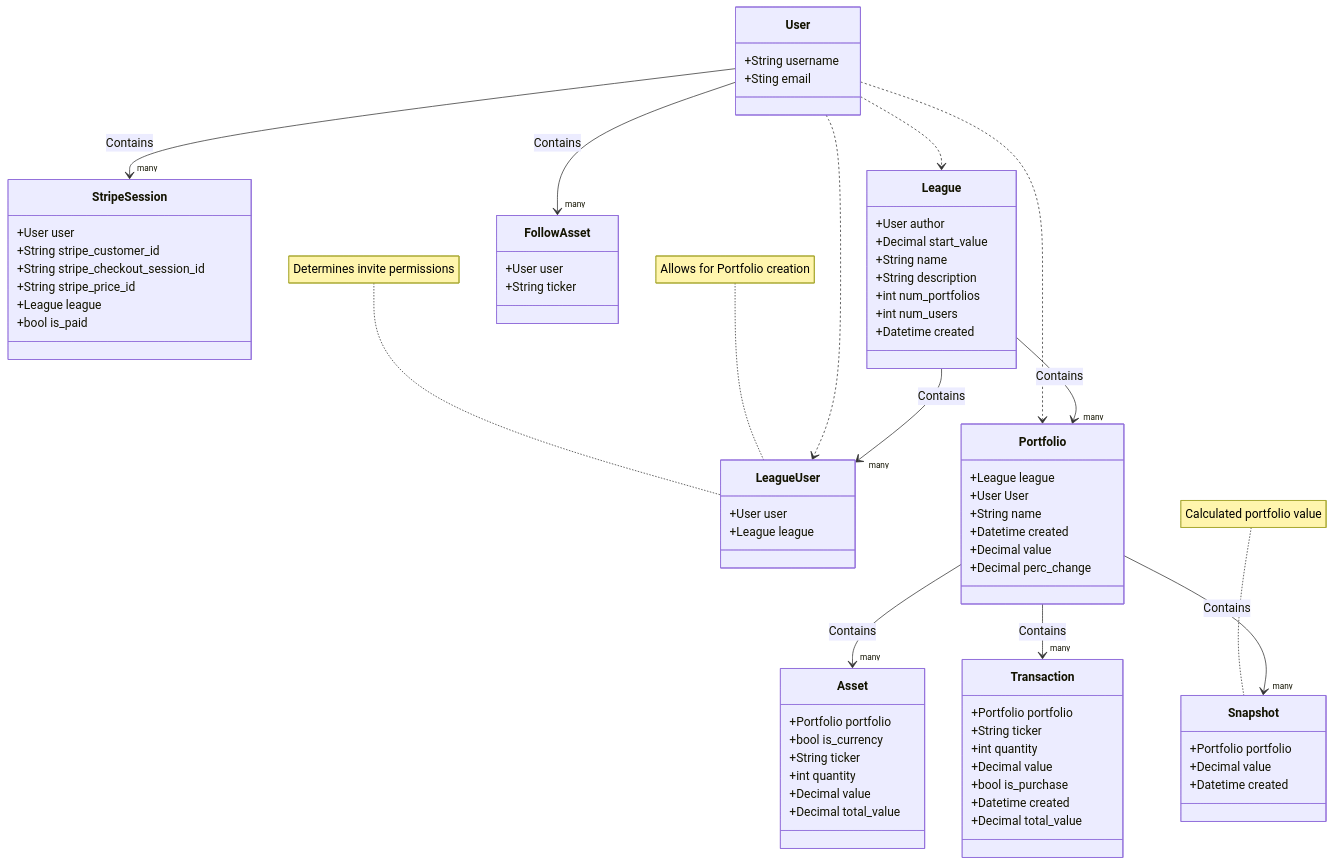
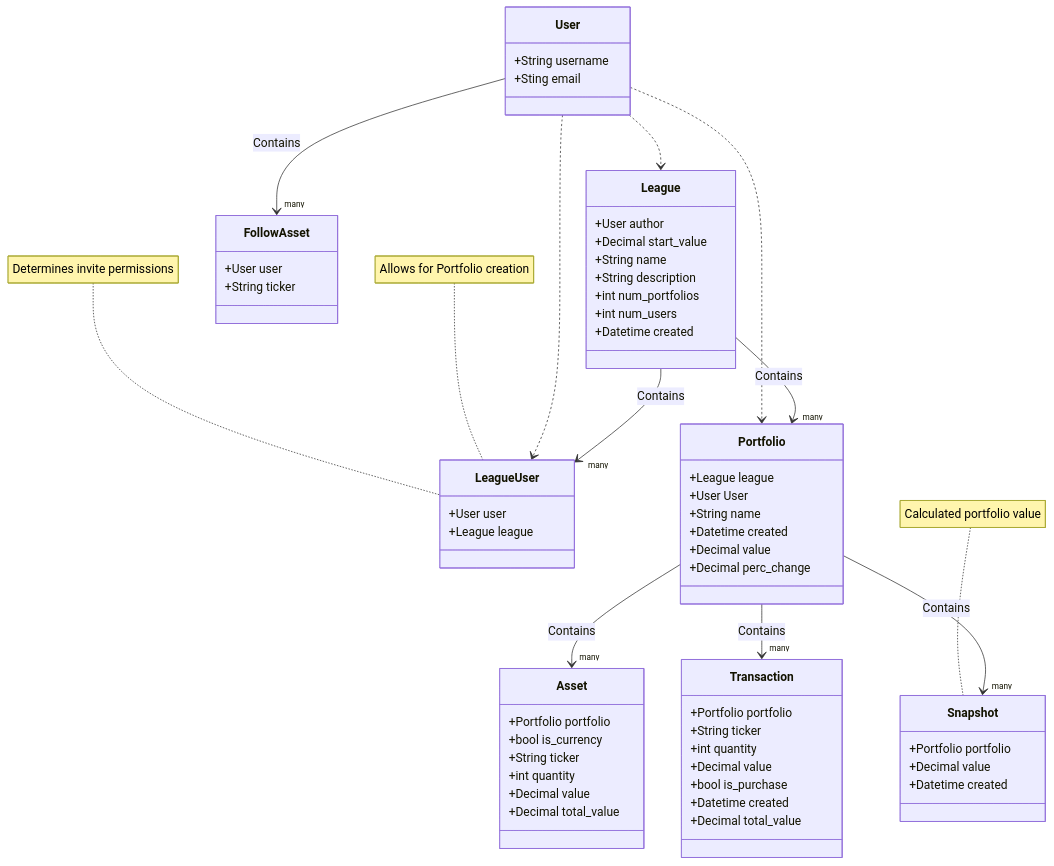
One commit to brianbianchi/portfolio changed the diagram in README.md. Above: the diagram before and after it, drawn with Mermaid. The commit also changed 25 other files, not shown here.

````diff
--- a/README.md
+++ b/README.md
@@ -18,75 +18,66 @@
 ```mermaid
 classDiagram
     class User {
         +String username
         +Sting email
-    }
-    class StripeSession {
-        +User user
-        +String stripe_customer_id
-        +String stripe_checkout_session_id
-        +String stripe_price_id
-        +League league
-        +bool is_paid
     }
     class League {
         +User author
         +Decimal start_value
         +String name
         +String description
         +int num_portfolios
         +int num_users
         +Datetime created
     }
     note for LeagueUser "Determines invite permissions"
     note for LeagueUser "Allows for Portfolio creation"
     class LeagueUser {
         +User user
         +League league
     }
     class Portfolio {
         +League league
         +User User
         +String name
         +Datetime created
         +Decimal value
         +Decimal perc_change
     }
     note for Snapshot "Calculated portfolio value"
     class Snapshot {
         +Portfolio portfolio
         +Decimal value
         +Datetime created
     }
     class Asset {
         +Portfolio portfolio
         +bool is_currency
         +String ticker
         +int quantity
         +Decimal value
         +Decimal total_value
     }
     class FollowAsset {
         +User user
         +String ticker
     }
     class Transaction {
         +Portfolio portfolio
         +String ticker
         +int quantity
         +Decimal value
         +bool is_purchase
         +Datetime created
         +Decimal total_value
     }
     User ..> League
     User ..> LeagueUser
     User ..> Portfolio
-    User --> "many" StripeSession : Contains
     User --> "many" FollowAsset : Contains
     League --> "many" LeagueUser : Contains
     League --> "many" Portfolio : Contains
     Portfolio --> "many" Asset : Contains
     Portfolio --> "many" Transaction : Contains
     Portfolio --> "many" Snapshot : Contains
 ```
````
